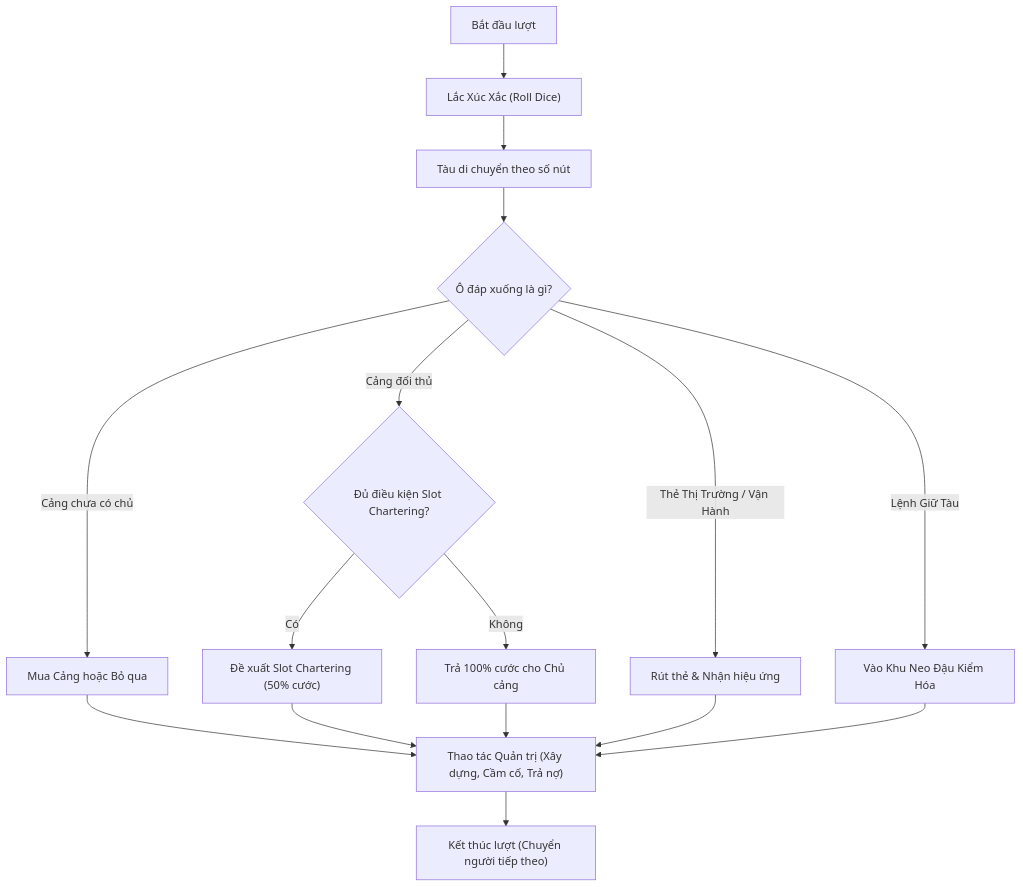
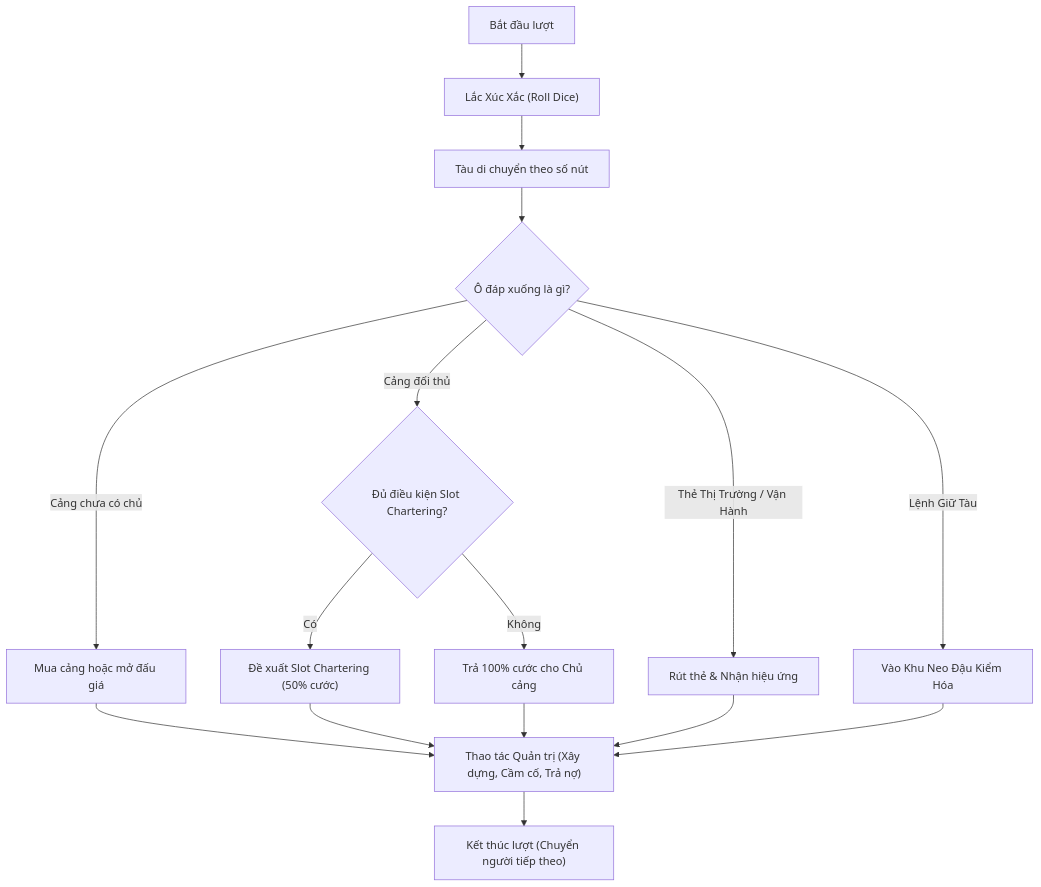
The diagram in docs/LUAT_CHOI_ONE_MONOPOLY.md (phanky1/one-monopoly-game), drawn with Mermaid before and after one commit. The commit also changed other lines of this file and 18 other files, not shown here.

````diff
--- a/docs/LUAT_CHOI_ONE_MONOPOLY.md
+++ b/docs/LUAT_CHOI_ONE_MONOPOLY.md
@@ -159,18 +161,18 @@
 ```mermaid
 flowchart TD
     A["Bắt đầu lượt"] --> B["Lắc Xúc Xắc (Roll Dice)"]
     B --> C["Tàu di chuyển theo số nút"]
     C --> D{"Ô đáp xuống là gì?"}
-    D -->|Cảng chưa có chủ| E["Mua Cảng hoặc Bỏ qua"]
+    D -->|Cảng chưa có chủ| E["Mua cảng hoặc mở đấu giá"]
     D -->|Cảng đối thủ| F{"Đủ điều kiện Slot Chartering?"}
     F -->|Có| G["Đề xuất Slot Chartering (50% cước)"]
     F -->|Không| H["Trả 100% cước cho Chủ cảng"]
     D -->|Thẻ Thị Trường / Vận Hành| I["Rút thẻ & Nhận hiệu ứng"]
     D -->|Lệnh Giữ Tàu| J["Vào Khu Neo Đậu Kiểm Hóa"]
     E --> K["Thao tác Quản trị (Xây dựng, Cầm cố, Trả nợ)"]
     G --> K
     H --> K
     I --> K
     J --> K
     K --> L["Kết thúc lượt (Chuyển người tiếp theo)"]
 ```
````
